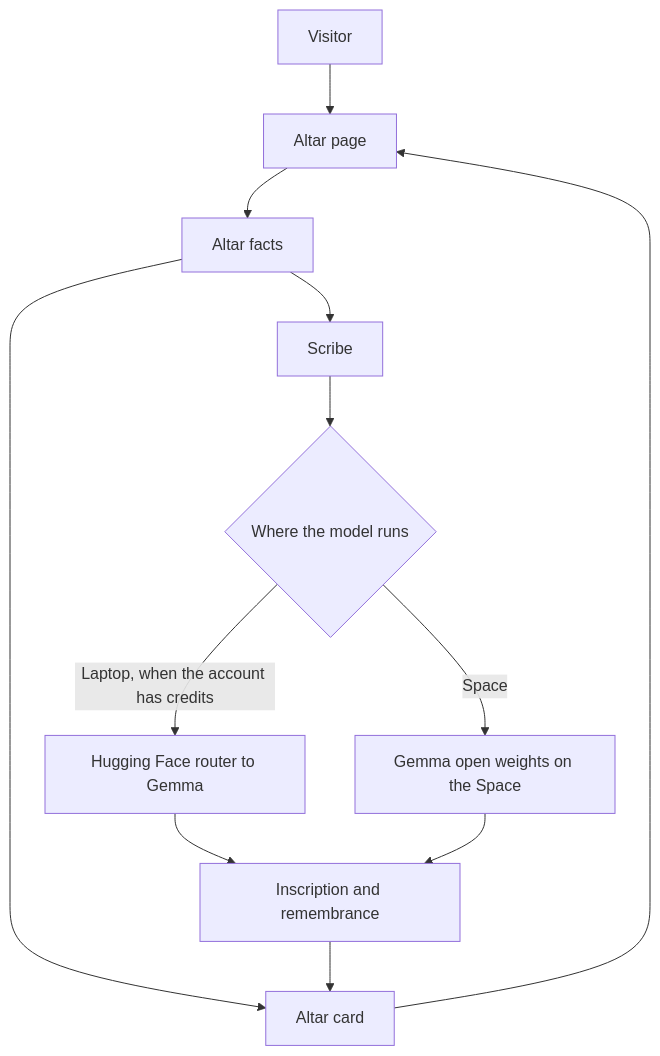
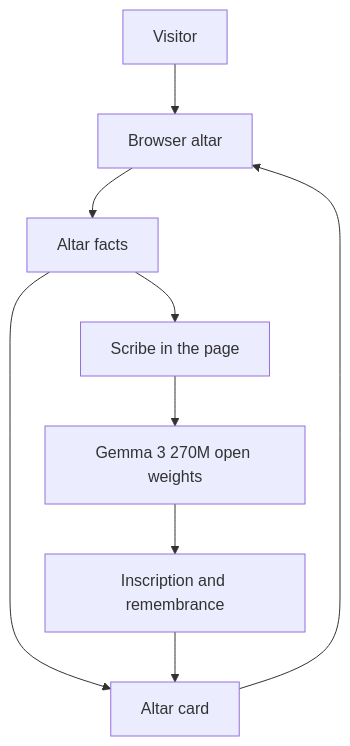
Before and after one commit to AshrafGalaxy/lumbre: the diagram in README.md, drawn with Mermaid. The commit also changed other lines of this file and 7 other files, not shown here.

Commit message:
feat: run gemma in the browser altar

````diff
--- a/README.md
+++ b/README.md
@@ -13,14 +13,11 @@
 ```mermaid
 flowchart TD
-    visitor[Visitor] --> page[Altar page]
+    visitor[Visitor] --> page[Browser altar]
     page --> facts[Altar facts]
-    facts --> scribe[Scribe]
-    scribe --> host{Where the model runs}
-    host -->|Laptop, when the account has credits| router[Hugging Face router to Gemma]
-    host -->|Space| weights[Gemma open weights on the Space]
-    router --> prose[Inscription and remembrance]
-    weights --> prose
+    facts --> scribe[Scribe in the page]
+    scribe --> gemma[Gemma 3 270M open weights]
+    gemma --> prose[Inscription and remembrance]
     facts --> card[Altar card]
     prose --> card
     card --> page
 ```
````
